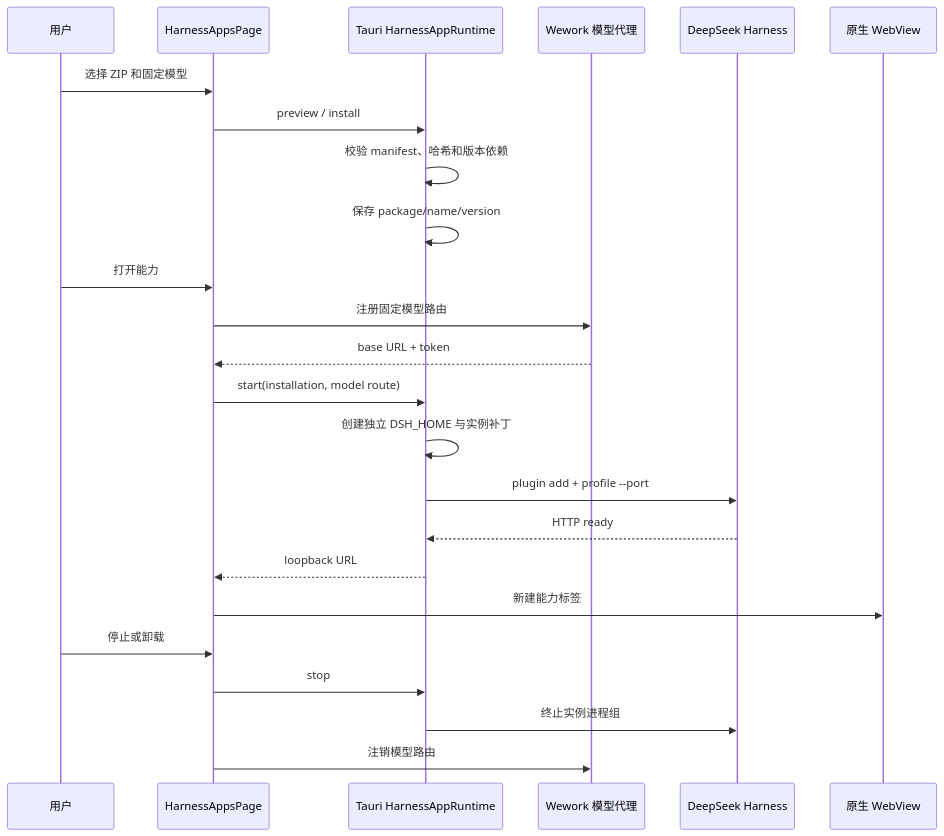
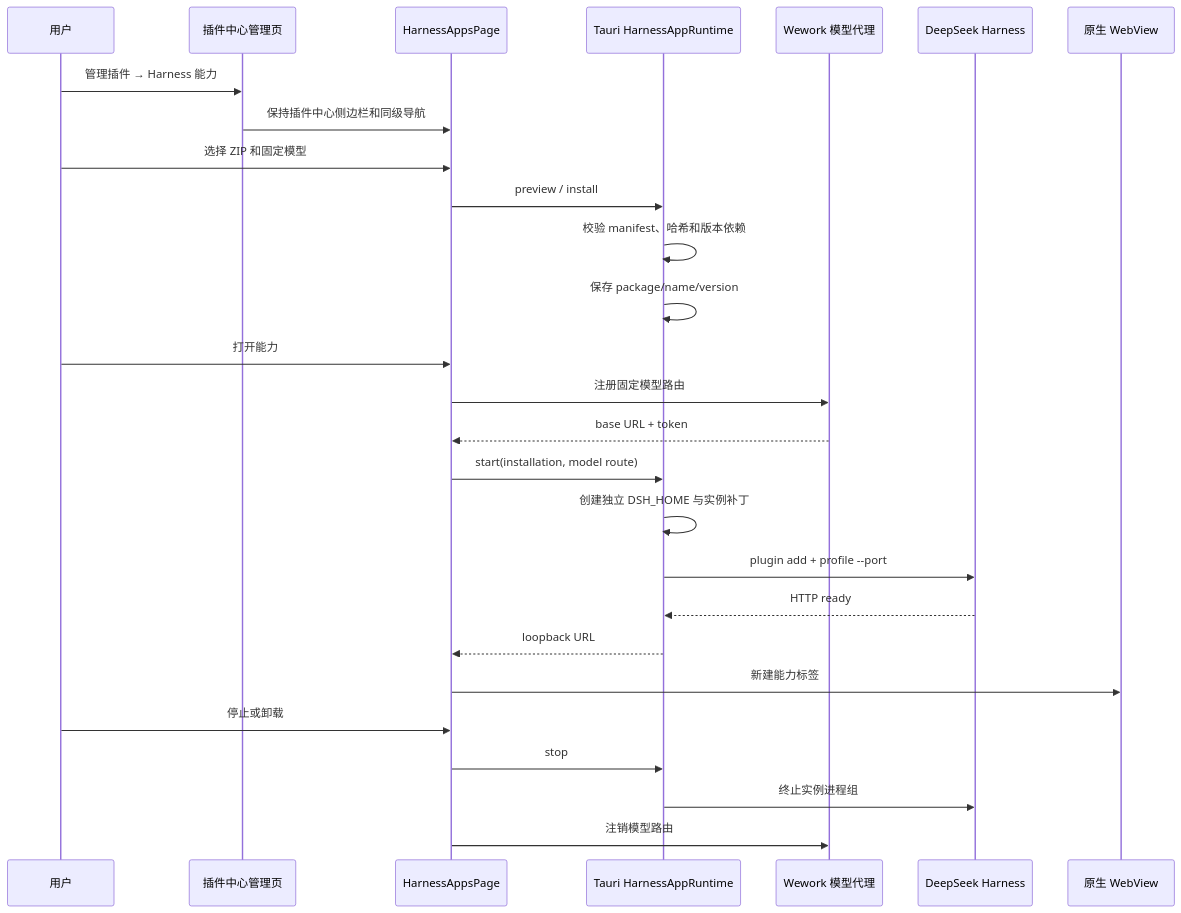
The second of 2 diagrams in docs/zh/architecture/deepseek-harness-apps.md (wecode-ai/Wegent), drawn with Mermaid before and after one commit. The commit also changed other lines of this file and 13 other files, not shown here.

````diff
--- a/docs/zh/architecture/deepseek-harness-apps.md
+++ b/docs/zh/architecture/deepseek-harness-apps.md
@@ -22,27 +24,30 @@
 ```mermaid
 sequenceDiagram
     participant U as 用户
+    participant C as 插件中心管理页
     participant UI as HarnessAppsPage
     participant T as Tauri HarnessAppRuntime
     participant P as Wework 模型代理
     participant D as DeepSeek Harness
     participant W as 原生 WebView
 
+    U->>C: 管理插件 → Harness 能力
+    C->>UI: 保持插件中心侧边栏和同级导航
     U->>UI: 选择 ZIP 和固定模型
     UI->>T: preview / install
     T->>T: 校验 manifest、哈希和版本依赖
     T->>T: 保存 package/name/version
     U->>UI: 打开能力
     UI->>P: 注册固定模型路由
     P-->>UI: base URL + token
     UI->>T: start(installation, model route)
     T->>T: 创建独立 DSH_HOME 与实例补丁
     T->>D: plugin add + profile --port
     D-->>T: HTTP ready
     T-->>UI: loopback URL
     UI->>W: 新建能力标签
     U->>UI: 停止或卸载
     UI->>T: stop
     T->>D: 终止实例进程组
     UI->>P: 注销模型路由
 ```
````
